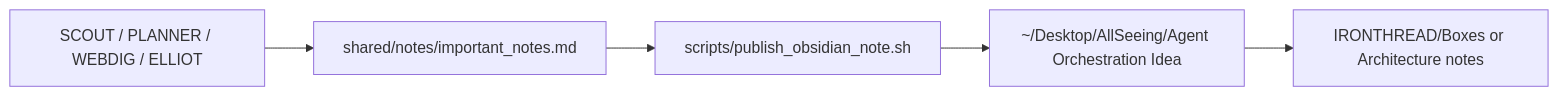
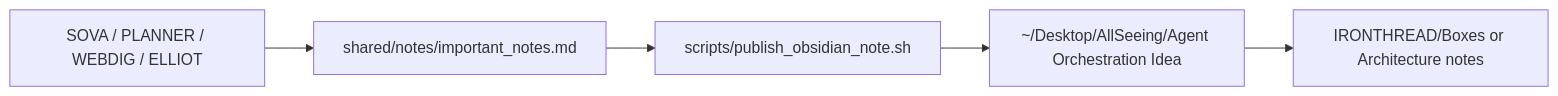
One commit to K3m1st/IRONTHREAD changed the eighth of 8 diagrams in docs/INFRA_WIREFRAME.md. Above: the diagram before and after it, drawn with Mermaid. The commit also changed other lines of this file and 22 other files, not shown here.

First line of the commit message:
SCOUT → SOVA rename + remove stale docs

````diff
--- a/docs/INFRA_WIREFRAME.md
+++ b/docs/INFRA_WIREFRAME.md
@@ -220,7 +220,7 @@
 ```mermaid
 flowchart LR
-    A["SCOUT / PLANNER / WEBDIG / ELLIOT"] --> B["shared/notes/important_notes.md"]
+    A["SOVA / PLANNER / WEBDIG / ELLIOT"] --> B["shared/notes/important_notes.md"]
     B --> C["scripts/publish_obsidian_note.sh"]
     C --> D["~/Desktop/AllSeeing/Agent Orchestration Idea"]
     D --> E["IRONTHREAD/Boxes or Architecture notes"]
 ```
````
